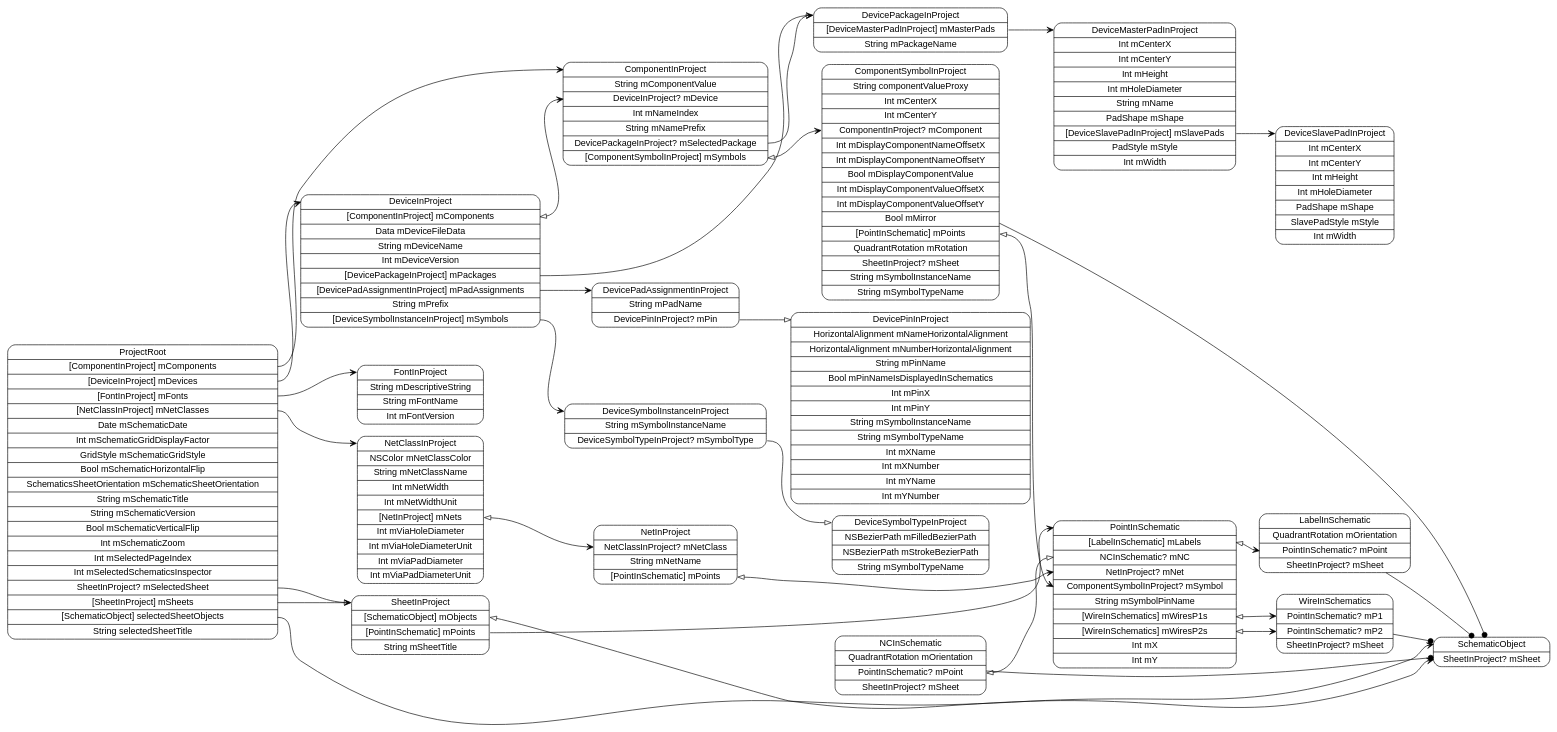
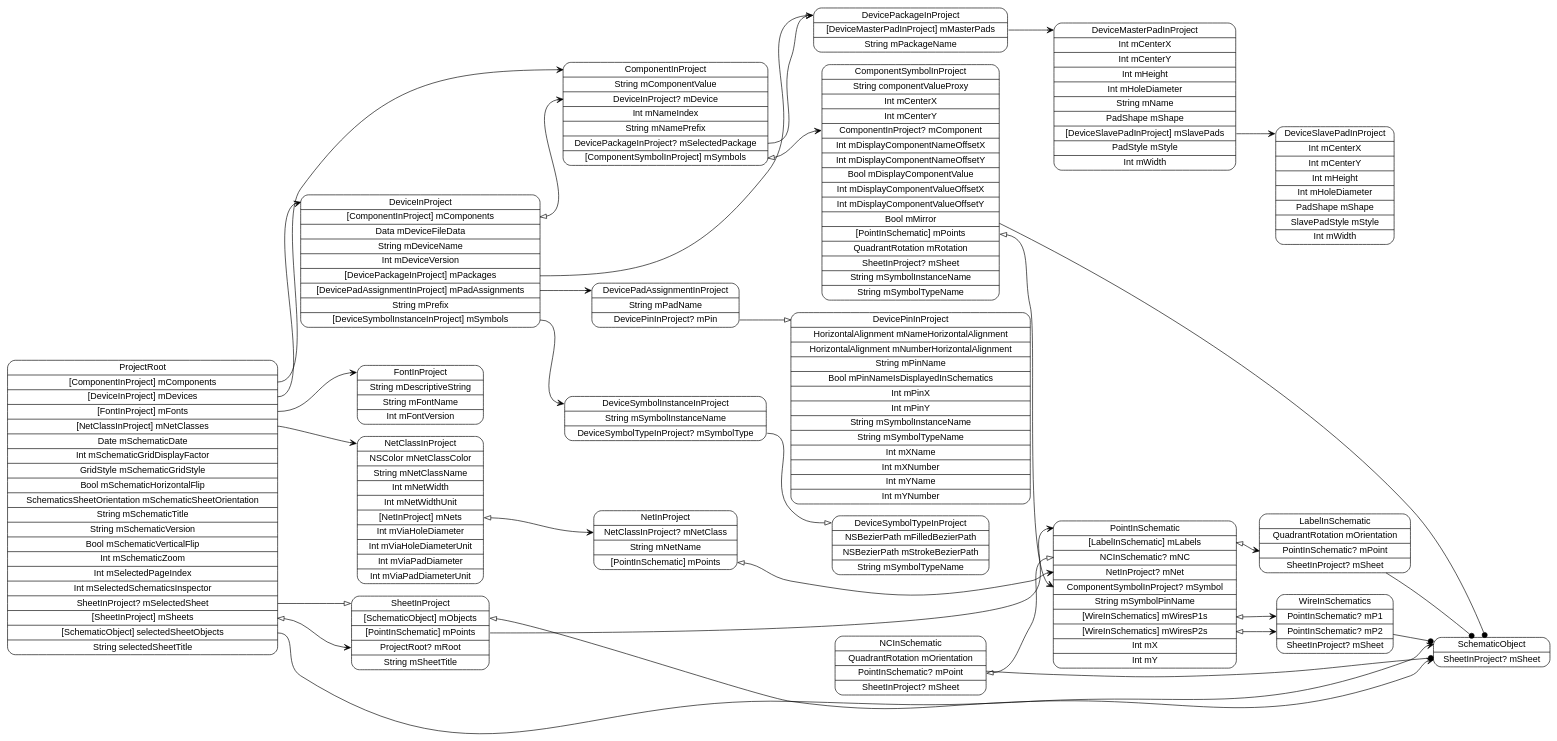
The diagram in models/ProjectRoot.dot (pierremolinaro/ElCanari-dev), drawn with Graphviz before and after one commit. The commit also changed 78 other files, not shown here.

```diff
--- a/models/ProjectRoot.dot
+++ b/models/ProjectRoot.dot
@@ -1,54 +1,54 @@
 digraph G {
   rankdir=LR ;
   node [shape=record fontname=helvetica style=rounded] ;
   ProjectRoot[label="<ProjectRoot>ProjectRoot|<mComponents>[ComponentInProject] mComponents|<mDevices>[DeviceInProject] mDevices|<mFonts>[FontInProject] mFonts|<mNetClasses>[NetClassInProject] mNetClasses|Date mSchematicDate|Int mSchematicGridDisplayFactor|GridStyle mSchematicGridStyle|Bool mSchematicHorizontalFlip|SchematicsSheetOrientation mSchematicSheetOrientation|String mSchematicTitle|String mSchematicVersion|Bool mSchematicVerticalFlip|Int mSchematicZoom|Int mSelectedPageIndex|Int mSelectedSchematicsInspector|<mSelectedSheet>SheetInProject? mSelectedSheet|<mSheets>[SheetInProject] mSheets|<selectedSheetObjects>[SchematicObject] selectedSheetObjects|String selectedSheetTitle"] ;
   SchematicObject[label="<SchematicObject>SchematicObject|<mSheet>SheetInProject? mSheet"] ;
-  SheetInProject[label="<SheetInProject>SheetInProject|<mObjects>[SchematicObject] mObjects|<mPoints>[PointInSchematic] mPoints|String mSheetTitle"] ;
+  SheetInProject[label="<SheetInProject>SheetInProject|<mObjects>[SchematicObject] mObjects|<mPoints>[PointInSchematic] mPoints|<mRoot>ProjectRoot? mRoot|String mSheetTitle"] ;
   PointInSchematic[label="<PointInSchematic>PointInSchematic|<mLabels>[LabelInSchematic] mLabels|<mNC>NCInSchematic? mNC|<mNet>NetInProject? mNet|<mSymbol>ComponentSymbolInProject? mSymbol|String mSymbolPinName|<mWiresP1s>[WireInSchematics] mWiresP1s|<mWiresP2s>[WireInSchematics] mWiresP2s|Int mX|Int mY"] ;
   WireInSchematics[label="<WireInSchematics>WireInSchematics|<mP1>PointInSchematic? mP1|<mP2>PointInSchematic? mP2|<mSheet>SheetInProject? mSheet"] ;
   NCInSchematic[label="<NCInSchematic>NCInSchematic|QuadrantRotation mOrientation|<mPoint>PointInSchematic? mPoint|<mSheet>SheetInProject? mSheet"] ;
   LabelInSchematic[label="<LabelInSchematic>LabelInSchematic|QuadrantRotation mOrientation|<mPoint>PointInSchematic? mPoint|<mSheet>SheetInProject? mSheet"] ;
   NetClassInProject[label="<NetClassInProject>NetClassInProject|NSColor mNetClassColor|String mNetClassName|Int mNetWidth|Int mNetWidthUnit|<mNets>[NetInProject] mNets|Int mViaHoleDiameter|Int mViaHoleDiameterUnit|Int mViaPadDiameter|Int mViaPadDiameterUnit"] ;
   NetInProject[label="<NetInProject>NetInProject|<mNetClass>NetClassInProject? mNetClass|String mNetName|<mPoints>[PointInSchematic] mPoints"] ;
   FontInProject[label="<FontInProject>FontInProject|String mDescriptiveString|String mFontName|Int mFontVersion"] ;
   DeviceInProject[label="<DeviceInProject>DeviceInProject|<mComponents>[ComponentInProject] mComponents|Data mDeviceFileData|String mDeviceName|Int mDeviceVersion|<mPackages>[DevicePackageInProject] mPackages|<mPadAssignments>[DevicePadAssignmentInProject] mPadAssignments|String mPrefix|<mSymbols>[DeviceSymbolInstanceInProject] mSymbols"] ;
   DeviceSymbolInstanceInProject[label="<DeviceSymbolInstanceInProject>DeviceSymbolInstanceInProject|String mSymbolInstanceName|<mSymbolType>DeviceSymbolTypeInProject? mSymbolType"] ;
   DeviceSymbolTypeInProject[label="<DeviceSymbolTypeInProject>DeviceSymbolTypeInProject|NSBezierPath mFilledBezierPath|NSBezierPath mStrokeBezierPath|String mSymbolTypeName"] ;
   DevicePadAssignmentInProject[label="<DevicePadAssignmentInProject>DevicePadAssignmentInProject|String mPadName|<mPin>DevicePinInProject? mPin"] ;
   DevicePinInProject[label="<DevicePinInProject>DevicePinInProject|HorizontalAlignment mNameHorizontalAlignment|HorizontalAlignment mNumberHorizontalAlignment|String mPinName|Bool mPinNameIsDisplayedInSchematics|Int mPinX|Int mPinY|String mSymbolInstanceName|String mSymbolTypeName|Int mXName|Int mXNumber|Int mYName|Int mYNumber"] ;
   DevicePackageInProject[label="<DevicePackageInProject>DevicePackageInProject|<mMasterPads>[DeviceMasterPadInProject] mMasterPads|String mPackageName"] ;
   DeviceMasterPadInProject[label="<DeviceMasterPadInProject>DeviceMasterPadInProject|Int mCenterX|Int mCenterY|Int mHeight|Int mHoleDiameter|String mName|PadShape mShape|<mSlavePads>[DeviceSlavePadInProject] mSlavePads|PadStyle mStyle|Int mWidth"] ;
   DeviceSlavePadInProject[label="<DeviceSlavePadInProject>DeviceSlavePadInProject|Int mCenterX|Int mCenterY|Int mHeight|Int mHoleDiameter|PadShape mShape|SlavePadStyle mStyle|Int mWidth"] ;
   ComponentInProject[label="<ComponentInProject>ComponentInProject|String mComponentValue|<mDevice>DeviceInProject? mDevice|Int mNameIndex|String mNamePrefix|<mSelectedPackage>DevicePackageInProject? mSelectedPackage|<mSymbols>[ComponentSymbolInProject] mSymbols"] ;
   ComponentSymbolInProject[label="<ComponentSymbolInProject>ComponentSymbolInProject|String componentValueProxy|Int mCenterX|Int mCenterY|<mComponent>ComponentInProject? mComponent|Int mDisplayComponentNameOffsetX|Int mDisplayComponentNameOffsetY|Bool mDisplayComponentValue|Int mDisplayComponentValueOffsetX|Int mDisplayComponentValueOffsetY|Bool mMirror|<mPoints>[PointInSchematic] mPoints|QuadrantRotation mRotation|<mSheet>SheetInProject? mSheet|String mSymbolInstanceName|String mSymbolTypeName"] ;
   ProjectRoot:mComponents -> ComponentInProject:ComponentInProject [dir=both arrowtail=none arrowhead=vee] ;
   ProjectRoot:mDevices -> DeviceInProject:DeviceInProject [dir=both arrowtail=none arrowhead=vee] ;
   ProjectRoot:mFonts -> FontInProject:FontInProject [dir=both arrowtail=none arrowhead=vee] ;
   ProjectRoot:mNetClasses -> NetClassInProject:NetClassInProject [dir=both arrowtail=none arrowhead=vee] ;
   ProjectRoot:mSelectedSheet -> SheetInProject:SheetInProject [dir=both arrowtail=none arrowhead=onormal] ;
-  ProjectRoot:mSheets -> SheetInProject:SheetInProject [dir=both arrowtail=none arrowhead=vee] ;
+  ProjectRoot:mSheets -> SheetInProject:mRoot [dir=both arrowtail=onormal arrowhead=vee] ;
   ProjectRoot:selectedSheetObjects -> SchematicObject:SchematicObject [dir=both arrowtail=none arrowhead=vee] ;
   SheetInProject:mObjects -> SchematicObject:mSheet [dir=both arrowtail=onormal arrowhead=vee] ;
   SheetInProject:mPoints -> PointInSchematic:PointInSchematic [dir=both arrowtail=none arrowhead=vee] ;
   PointInSchematic:mLabels -> LabelInSchematic:mPoint [dir=both arrowtail=onormal arrowhead=vee] ;
   PointInSchematic:mWiresP1s -> WireInSchematics:mP1 [dir=both arrowtail=onormal arrowhead=vee] ;
   PointInSchematic:mWiresP2s -> WireInSchematics:mP2 [dir=both arrowtail=onormal arrowhead=vee] ;
   WireInSchematics -> SchematicObject [arrowhead=dot] ;
   NCInSchematic -> SchematicObject [arrowhead=dot] ;
   NCInSchematic:mPoint -> PointInSchematic:mNC [dir=both arrowtail=onormal arrowhead=onormal] ;
   LabelInSchematic -> SchematicObject [arrowhead=dot] ;
   NetClassInProject:mNets -> NetInProject:mNetClass [dir=both arrowtail=onormal arrowhead=vee] ;
   NetInProject:mPoints -> PointInSchematic:mNet [dir=both arrowtail=onormal arrowhead=vee] ;
   DeviceInProject:mComponents -> ComponentInProject:mDevice [dir=both arrowtail=onormal arrowhead=vee] ;
   DeviceInProject:mPackages -> DevicePackageInProject:DevicePackageInProject [dir=both arrowtail=none arrowhead=vee] ;
   DeviceInProject:mPadAssignments -> DevicePadAssignmentInProject:DevicePadAssignmentInProject [dir=both arrowtail=none arrowhead=vee] ;
   DeviceInProject:mSymbols -> DeviceSymbolInstanceInProject:DeviceSymbolInstanceInProject [dir=both arrowtail=none arrowhead=vee] ;
   DeviceSymbolInstanceInProject:mSymbolType -> DeviceSymbolTypeInProject:DeviceSymbolTypeInProject [dir=both arrowtail=none arrowhead=onormal] ;
   DevicePadAssignmentInProject:mPin -> DevicePinInProject:DevicePinInProject [dir=both arrowtail=none arrowhead=onormal] ;
   DevicePackageInProject:mMasterPads -> DeviceMasterPadInProject:DeviceMasterPadInProject [dir=both arrowtail=none arrowhead=vee] ;
   DeviceMasterPadInProject:mSlavePads -> DeviceSlavePadInProject:DeviceSlavePadInProject [dir=both arrowtail=none arrowhead=vee] ;
   ComponentInProject:mSelectedPackage -> DevicePackageInProject:DevicePackageInProject [dir=both arrowtail=none arrowhead=onormal] ;
   ComponentInProject:mSymbols -> ComponentSymbolInProject:mComponent [dir=both arrowtail=onormal arrowhead=vee] ;
   ComponentSymbolInProject -> SchematicObject [arrowhead=dot] ;
   ComponentSymbolInProject:mPoints -> PointInSchematic:mSymbol [dir=both arrowtail=onormal arrowhead=vee] ;
 }
```
